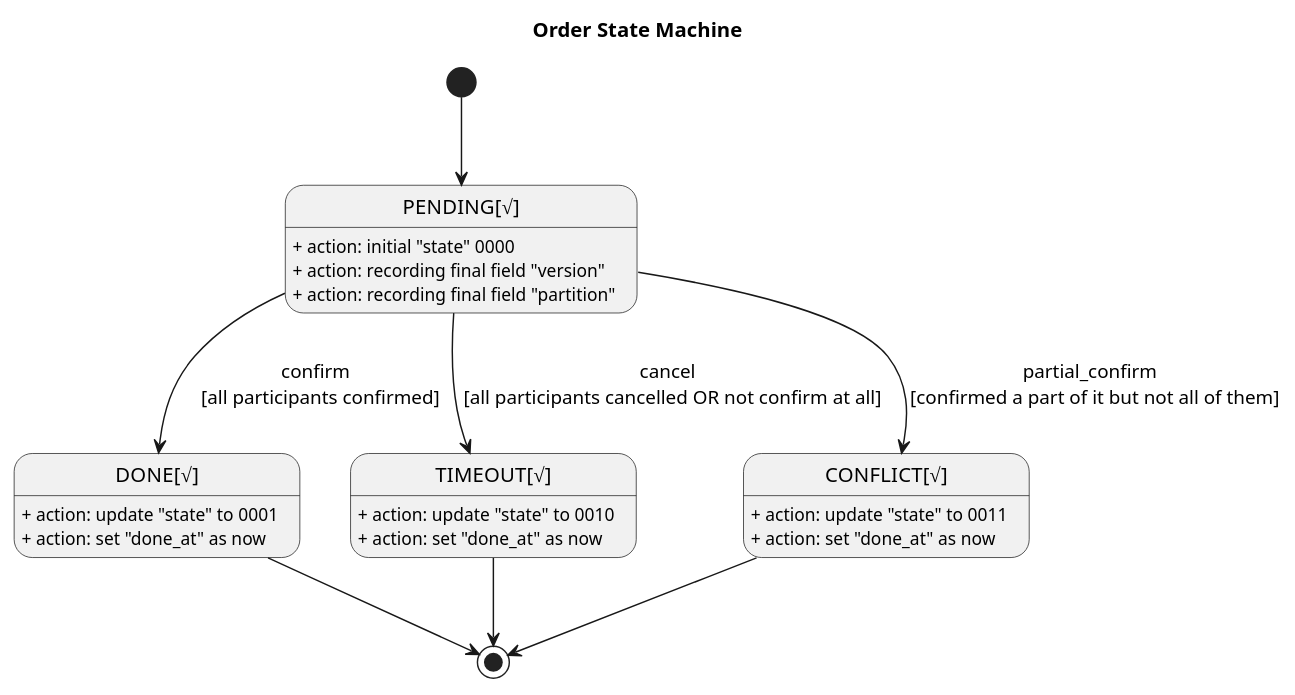
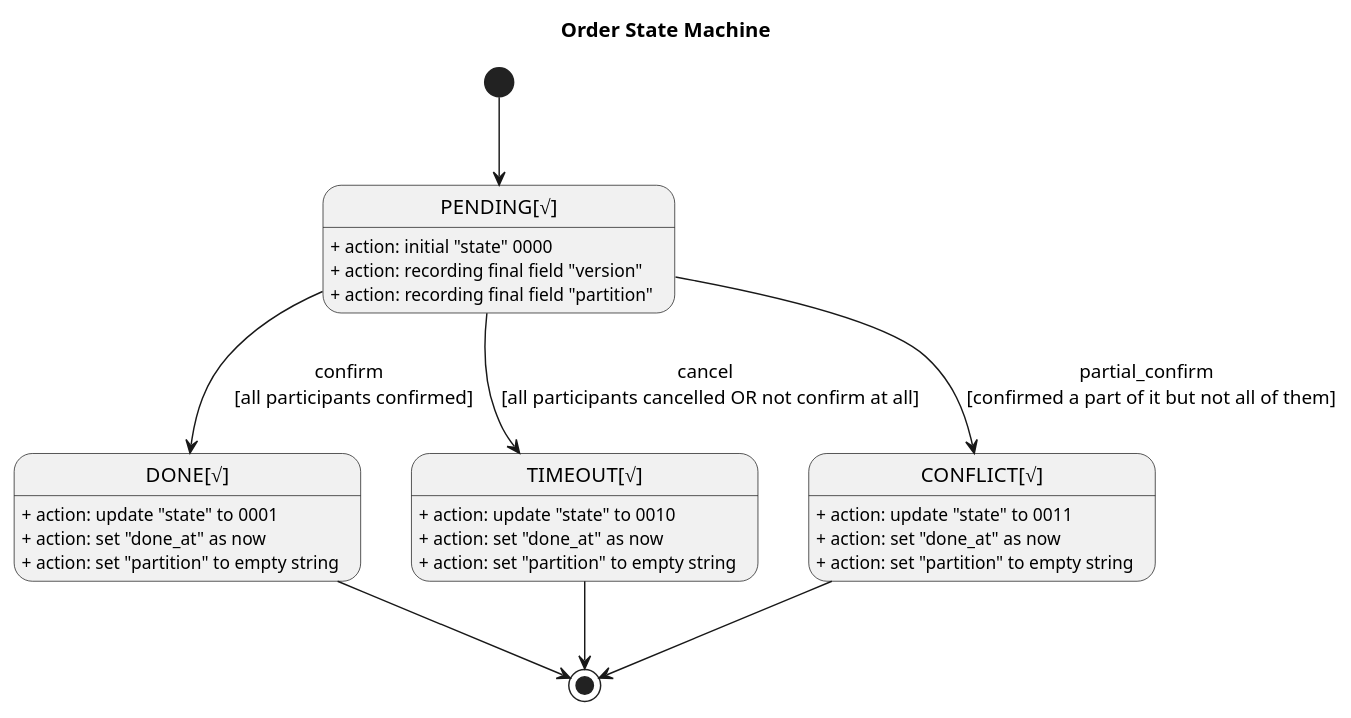
Before and after one commit to prontera/spring-cloud-rest-tcc: the diagram in rest-tcc-projects/rest-tcc-order/src/main/resources/puml/order-state.puml, drawn with PlantUML. The commit also changed 85 other files, not shown here.

```diff
--- a/rest-tcc-projects/rest-tcc-order/src/main/resources/puml/order-state.puml
+++ b/rest-tcc-projects/rest-tcc-order/src/main/resources/puml/order-state.puml
@@ -1,31 +1,34 @@
 @startuml
 skinparam monochrome true
 scale 1
 title Order State Machine
 
 ' State
 state "PENDING[√]" as PENDING
 PENDING: + action: initial "state" 0000
 PENDING: + action: recording final field "version"
 PENDING: + action: recording final field "partition"
 '''
 state "DONE[√]" as DONE
 DONE: + action: update "state" to 0001
 DONE: + action: set "done_at" as now
+DONE: + action: set "partition" to empty string
 '''
 state "TIMEOUT[√]" as TIMEOUT
 TIMEOUT: + action: update "state" to 0010
 TIMEOUT: + action: set "done_at" as now
+TIMEOUT: + action: set "partition" to empty string
 '''
 state "CONFLICT[√]" as CONFLICT
 CONFLICT: + action: update "state" to 0011
 CONFLICT: + action: set "done_at" as now
+CONFLICT: + action: set "partition" to empty string
 ' Transition
 [*] --> PENDING
 PENDING --> DONE: confirm \n [all participants confirmed]
 PENDING --> TIMEOUT: cancel \n [all participants cancelled OR not confirm at all]
 PENDING --> CONFLICT: partial_confirm \n [confirmed a part of it but not all of them]
 DONE --> [*]
 TIMEOUT --> [*]
 CONFLICT --> [*]
 @enduml
```
